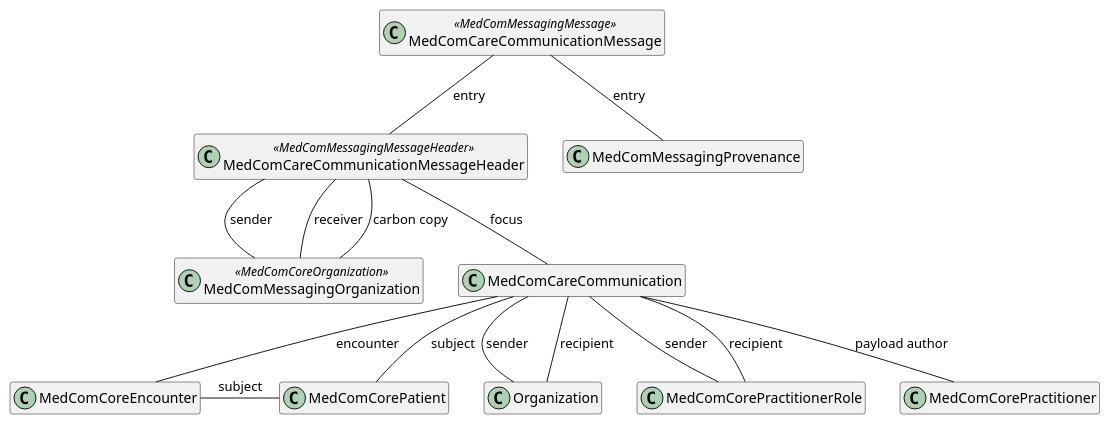
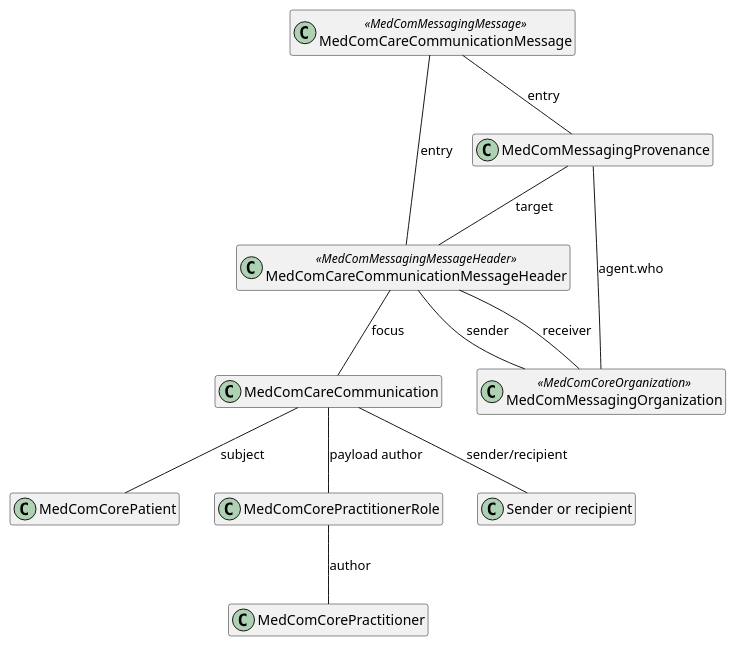
The diagram in puml/CareCommunication.puml (medcomdk/dk-medcom-carecommunication), drawn with PlantUML before and after one commit. The commit also changed 46 other files, not shown here.

```diff
--- a/puml/CareCommunication.puml
+++ b/puml/CareCommunication.puml
@@ -1,31 +1,31 @@
 @startuml CareCommunication
 
 hide empty members
+
+top to bottom direction
 
 class "MedComCareCommunicationMessage" as message <<MedComMessagingMessage>>
 class "MedComCareCommunicationMessageHeader" as messageheader <<MedComMessagingMessageHeader>>
 class "MedComMessagingProvenance" as provenance
 class "MedComMessagingOrganization" as messagingOrganization <<MedComCoreOrganization>>
 class "MedComCareCommunication" as communication
 class "MedComCorePatient" as patient
-class "MedComCoreEncounter" as encounter
-class "Organization" as recipientOrganization 
-class "MedComCorePractitionerRole" as recipientRole
+class "MedComCorePractitionerRole" as authorRole
+class "Sender or recipient" as senderRec
 class "MedComCorePractitioner" as author
 
+
 message -- messageheader : "entry"
+messageheader -- communication : "focus"
+communication -- patient : "subject"
+communication -- authorRole : "payload author"
 message -- provenance : "entry"
+provenance -- messageheader : "target" 
+provenance -- messagingOrganization : "agent.who"
+communication -- senderRec : "sender/recipient"
+authorRole -- author : "author"
+
+
+messageheader -- messagingOrganization : "receiver"
 messageheader -- messagingOrganization : "sender"
-messageheader -- messagingOrganization : "receiver"
-messageheader -- messagingOrganization : "carbon copy"
-messageheader -- communication : "focus"
-communication -- encounter : "encounter"
-communication -- patient : "subject"
-communication -- recipientOrganization : "sender"
-communication -- recipientRole : "sender"
-communication -- recipientOrganization : "recipient"
-communication -- recipientRole : "recipient"
-communication -- author : "payload author"
-
-encounter -patient :"subject"
 @enduml
```
